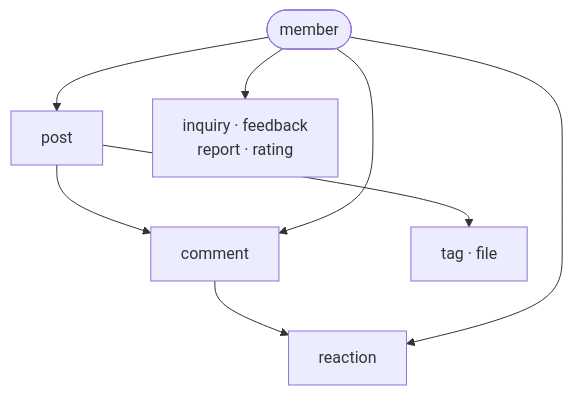
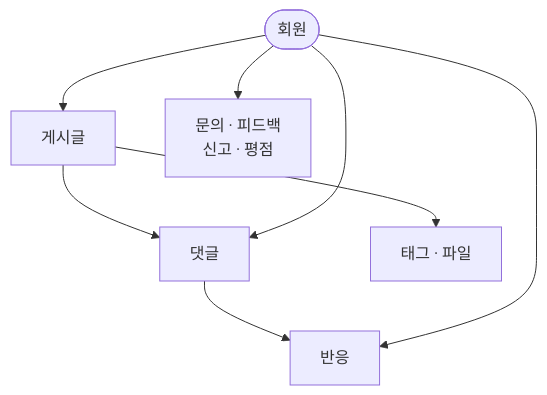
One commit to oownahcohc/oownahcohc.github.io changed the fifth of 15 diagrams in src/content/blog/strangler-fig-redesign.md. Above: the diagram before and after it, drawn with Mermaid. The commit also changed other lines of this file, not shown here.

First line of the commit message:
Strangler Fig 글의 회원 분리 절을 사례별 도표로 다시 쓴다

````diff
--- a/src/content/blog/strangler-fig-redesign.md
+++ b/src/content/blog/strangler-fig-redesign.md
@@ -199,8 +212,8 @@
 ```mermaid
 flowchart TB
-    M(["member"]) --> P["post"] --> C["comment"] --> R["reaction"]
+    M(["회원"]) --> P["게시글"] --> C["댓글"] --> R["반응"]
     M --> C
     M --> R
-    M --> Q["inquiry · feedback<br/>report · rating"]
-    P --> T["tag · file"]
+    M --> Q["문의 · 피드백<br/>신고 · 평점"]
+    P --> T["태그 · 파일"]
 ```
````
